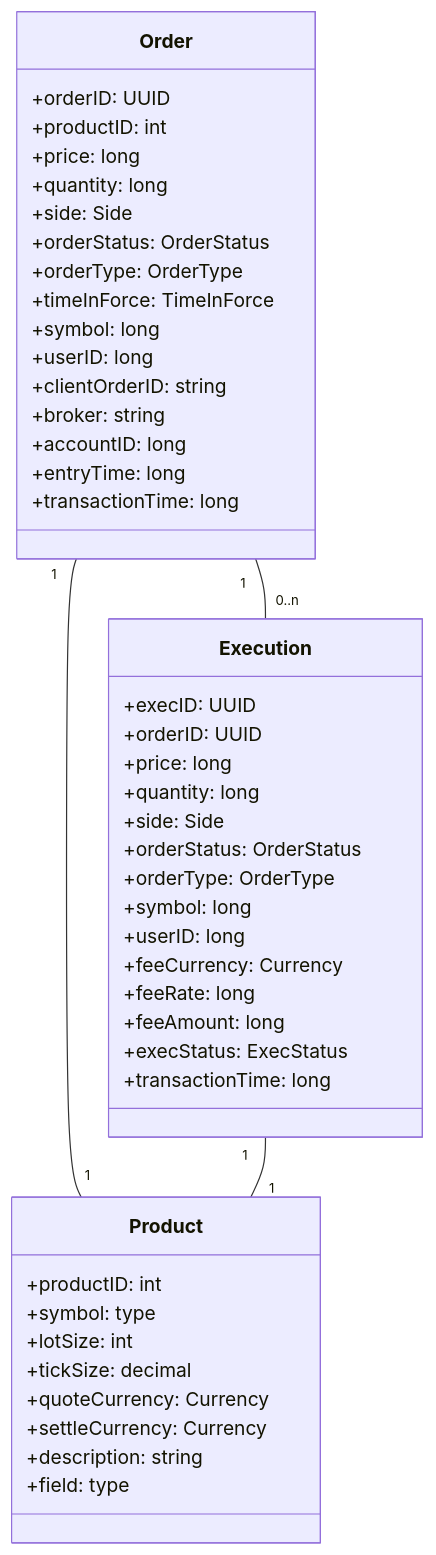
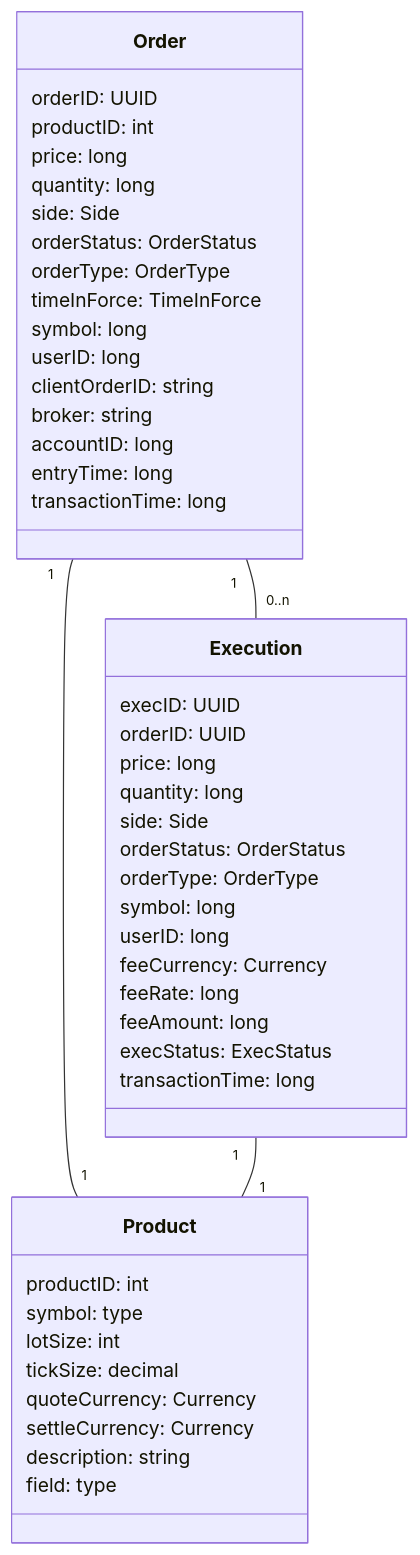
Before and after one commit to NalinDalal/system-design: the third of 5 diagrams in 26.StockExchange.md, drawn with Mermaid.

````diff
--- a/26.StockExchange.md
+++ b/26.StockExchange.md
@@ -83,49 +83,49 @@
 ```mermaid
 classDiagram
 	class Order {
-		+orderID: UUID
-		+productID: int
-		+price: long
-		+quantity: long
-		+side: Side
-		+orderStatus: OrderStatus
-		+orderType: OrderType
-		+timeInForce: TimeInForce
-		+symbol: long
-		+userID: long
-		+clientOrderID: string
-		+broker: string
-		+accountID: long
-		+entryTime: long
-		+transactionTime: long
+		orderID: UUID
+		productID: int
+		price: long
+		quantity: long
+		side: Side
+		orderStatus: OrderStatus
+		orderType: OrderType
+		timeInForce: TimeInForce
+		symbol: long
+		userID: long
+		clientOrderID: string
+		broker: string
+		accountID: long
+		entryTime: long
+		transactionTime: long
 	}
 	class Execution {
-		+execID: UUID
-		+orderID: UUID
-		+price: long
-		+quantity: long
-		+side: Side
-		+orderStatus: OrderStatus
-		+orderType: OrderType
-		+symbol: long
-		+userID: long
-		+feeCurrency: Currency
-		+feeRate: long
-		+feeAmount: long
-		+execStatus: ExecStatus
-		+transactionTime: long
+		execID: UUID
+		orderID: UUID
+		price: long
+		quantity: long
+		side: Side
+		orderStatus: OrderStatus
+		orderType: OrderType
+		symbol: long
+		userID: long
+		feeCurrency: Currency
+		feeRate: long
+		feeAmount: long
+		execStatus: ExecStatus
+		transactionTime: long
 	}
 	class Product {
-		+productID: int
-		+symbol: type
-		+lotSize: int
-		+tickSize: decimal
-		+quoteCurrency: Currency
-		+settleCurrency: Currency
-		+description: string
-		+field: type
+		productID: int
+		symbol: type
+		lotSize: int
+		tickSize: decimal
+		quoteCurrency: Currency
+		settleCurrency: Currency
+		description: string
+		field: type
 	}
 	Order "1" -- "0..n" Execution
 	Order "1" -- "1" Product
 	Execution "1" -- "1" Product
 ```
````
